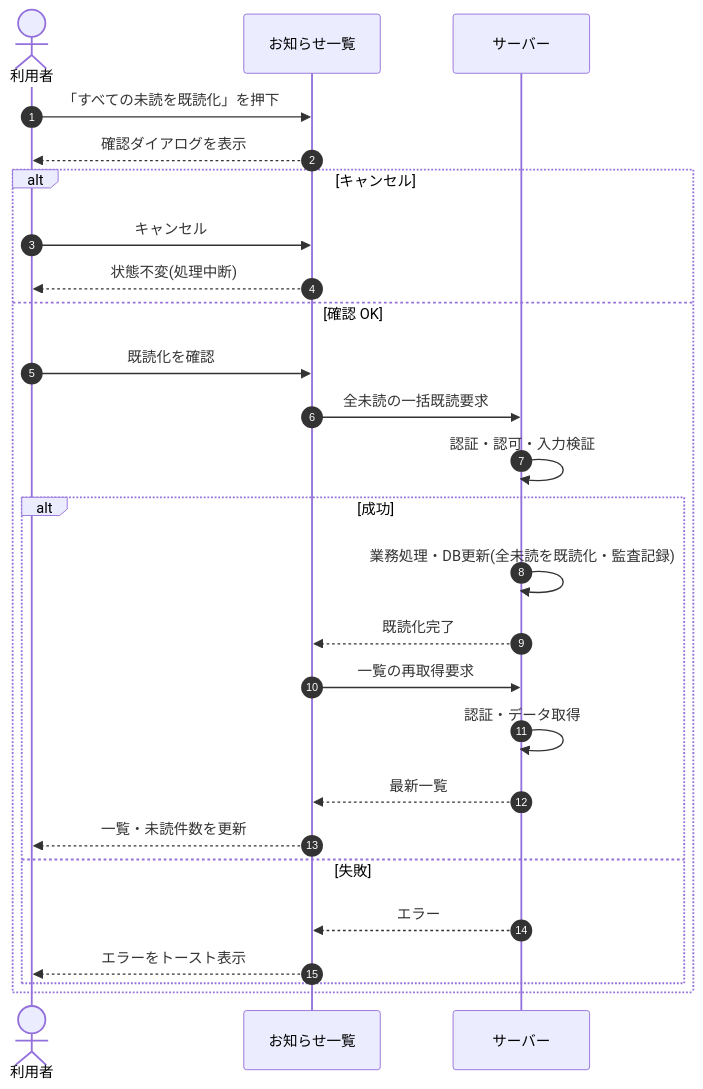
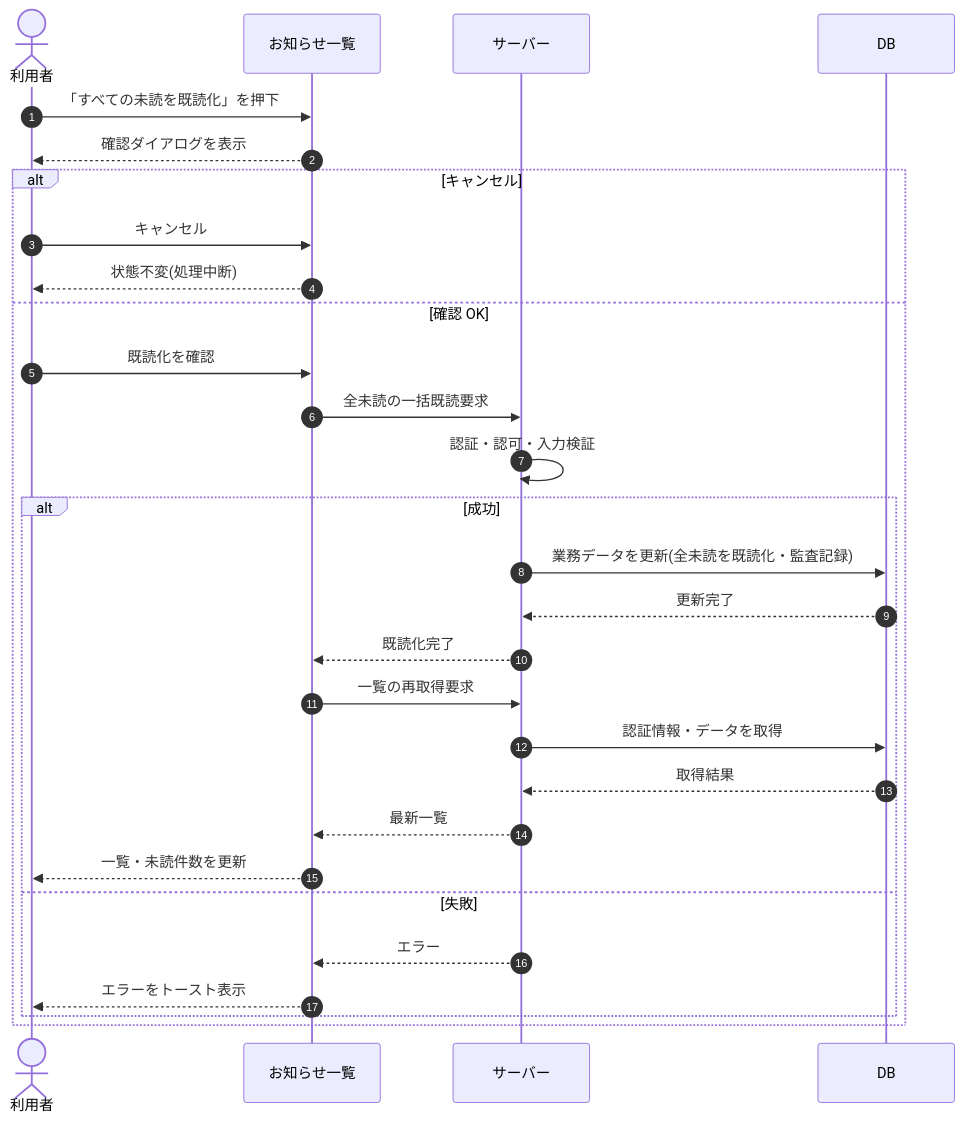
Before and after one commit to sikakou54/open-faq: the diagram in 02_basic_design/03_sequences/SEQ-061.md, drawn with Mermaid. The commit also changed other lines of this file and 122 other files, not shown here.

First line of the commit message:
シーケンス図に DB アクターを追加(DB 操作をサーバー自己メッセージから分離)

````diff
--- a/02_basic_design/03_sequences/SEQ-061.md
+++ b/02_basic_design/03_sequences/SEQ-061.md
@@ -26,28 +26,31 @@
 ```mermaid
 sequenceDiagram
   autonumber
   actor U as 利用者
   participant Screen as お知らせ一覧
   participant Server as サーバー
+  participant DB as DB
   U->>Screen: 「すべての未読を既読化」を押下
   Screen-->>U: 確認ダイアログを表示
   alt キャンセル
     U->>Screen: キャンセル
     Screen-->>U: 状態不変(処理中断)
   else 確認 OK
     U->>Screen: 既読化を確認
     Screen->>Server: 全未読の一括既読要求
     Server->>Server: 認証・認可・入力検証
     alt 成功
-      Server->>Server: 業務処理・DB更新(全未読を既読化・監査記録)
+      Server->>DB: 業務データを更新(全未読を既読化・監査記録)
+      DB-->>Server: 更新完了
       Server-->>Screen: 既読化完了
       Screen->>Server: 一覧の再取得要求
-      Server->>Server: 認証・データ取得
+      Server->>DB: 認証情報・データを取得
+      DB-->>Server: 取得結果
       Server-->>Screen: 最新一覧
       Screen-->>U: 一覧・未読件数を更新
     else 失敗
       Server-->>Screen: エラー
       Screen-->>U: エラーをトースト表示
     end
   end
 ```
````
